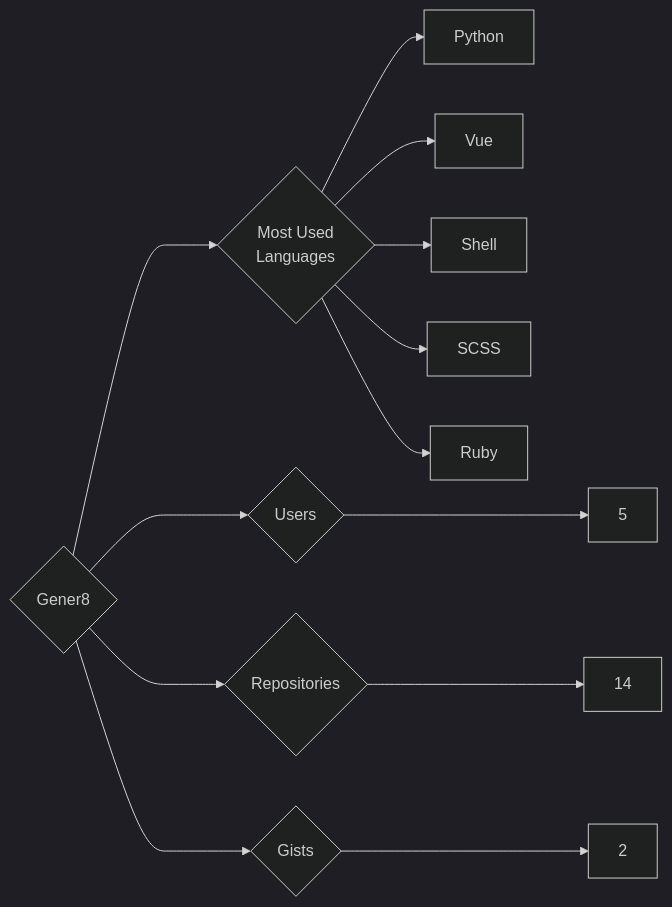
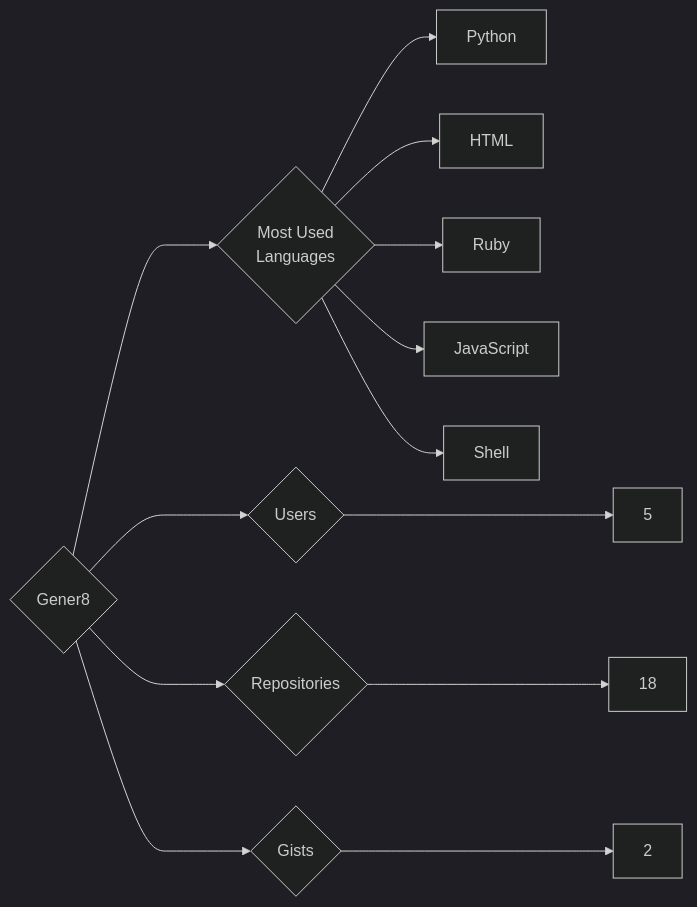
One commit to trickest/insiders changed the diagram in targets/Gener8/README.md. Above: the diagram before and after it, drawn with Mermaid (dark theme). The commit also changed 1089 other files, not shown here.

````diff
--- a/targets/Gener8/README.md
+++ b/targets/Gener8/README.md
@@ -3,13 +3,13 @@
 ```mermaid
 graph LR
 COMPANY_NAME{Gener8}
 COMPANY_NAME ---> U{Users} ---> UN[5]
-COMPANY_NAME ---> R{Repositories} ---> RN[14]
+COMPANY_NAME ---> R{Repositories} ---> RN[18]
 COMPANY_NAME ---> G{Gists} ---> GN[2]
 COMPANY_NAME ---> ML{Most Used<br>Languages}
 ML --> Python[Python]
-ML --> Vue[Vue]
+ML --> HTML[HTML]
+ML --> Ruby[Ruby]
+ML --> JavaScript[JavaScript]
 ML --> Shell[Shell]
-ML --> SCSS[SCSS]
-ML --> Ruby[Ruby]
 ```
````
